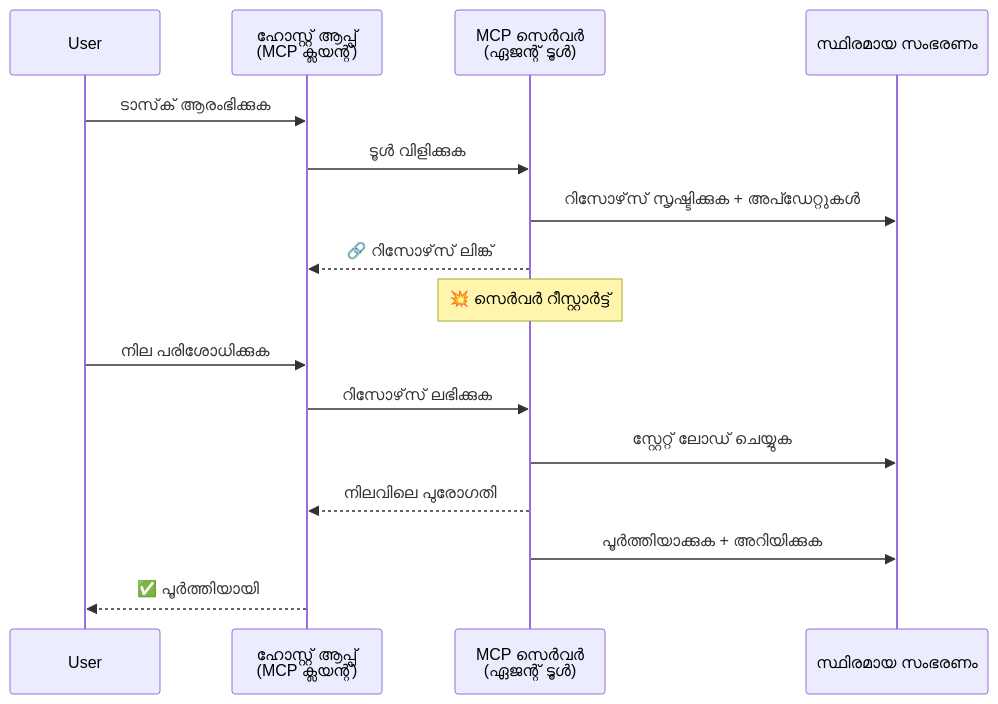
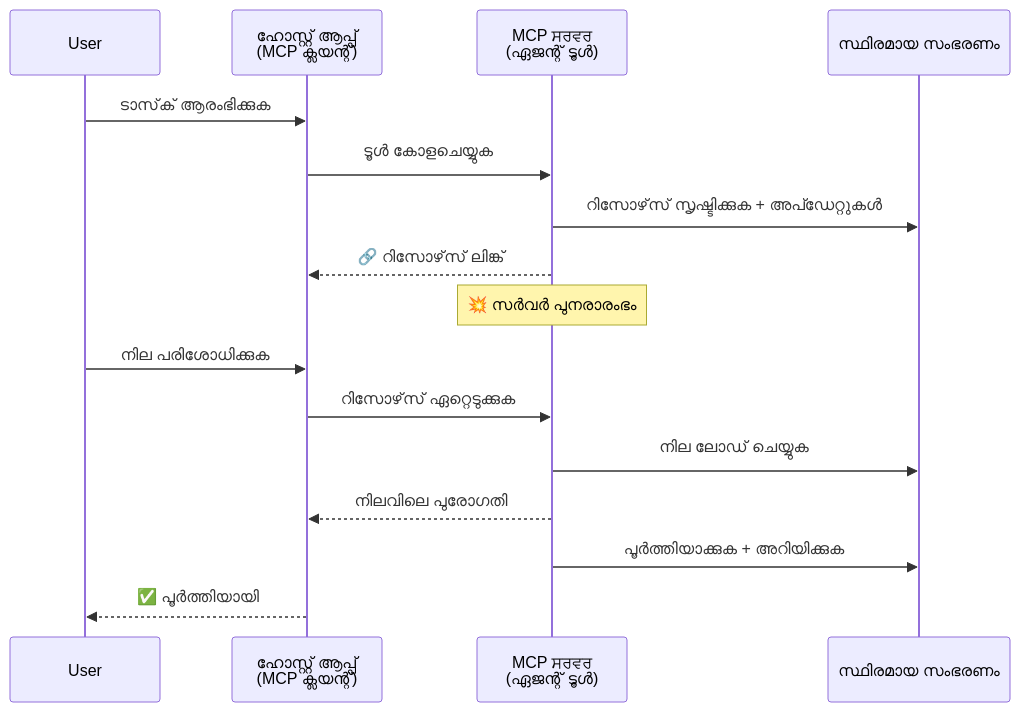
One commit to gabrielmoreira/agent-skills-mirror changed the third of 5 diagrams in mirrors/repos/microsoft@ai-agents-for-beginners/translations/ml/11-agentic-protocols/code_samples/mcp-agents/README.md. Above: the diagram before and after it, drawn with Mermaid. The commit also changed other lines of this file and 4262 other files, not shown here.

````diff
--- a/mirrors/repos/microsoft@ai-agents-for-beginners/translations/ml/11-agentic-protocols/code_samples/mcp-agents/README.md
+++ b/mirrors/repos/microsoft@ai-agents-for-beginners/translations/ml/11-agentic-protocols/code_samples/mcp-agents/README.md
@@ -123,21 +123,21 @@
 ```mermaid
 sequenceDiagram
     participant User
     participant Host as ഹോസ്റ്റ് ആപ്പ്<br/>(MCP ക്ലയന്റ്)
-    participant Server as MCP സെർവർ<br/>(ഏജന്റ് ടൂൾ)
+    participant Server as MCP ਸਰਵਰ<br/>(ഏജന്റ് ടൂൾ)
     participant DB as സ്ഥിരമായ സംഭരണം
 
     User->>Host: ടാസ്‌ക് ആരംഭിക്കുക
-    Host->>Server: ടൂൾ വിളിക്കുക
+    Host->>Server: ടൂൾ കോളചെയ്യുക
     Server->>DB: റിസോഴ്‌സ് സൃഷ്ടിക്കുക + അപ്ഡേറ്റുകൾ
     Server-->>Host: 🔗 റിസോഴ്‌സ് ലിങ്ക്
 
-    Note over Server: 💥 സെർവർ റീസ്റ്റാർട്ട്
+    Note over Server: 💥 സർവർ പുനരാരംഭം
 
     User->>Host: നില പരിശോധിക്കുക
-    Host->>Server: റിസോഴ്‌സ് ലഭിക്കുക
-    Server->>DB: സ്റ്റേറ്റ് ലോഡ് ചെയ്യുക
+    Host->>Server: റിസോഴ്‌സ് ഏറ്റെടുക്കുക
+    Server->>DB: നില ലോഡ് ചെയ്യുക
     Server-->>Host: നിലവിലെ പുരോഗതി
     Server->>DB: പൂർത്തിയാക്കുക + അറിയിക്കുക
     Host-->>User: ✅ പൂർത്തിയായി
 ```
````
